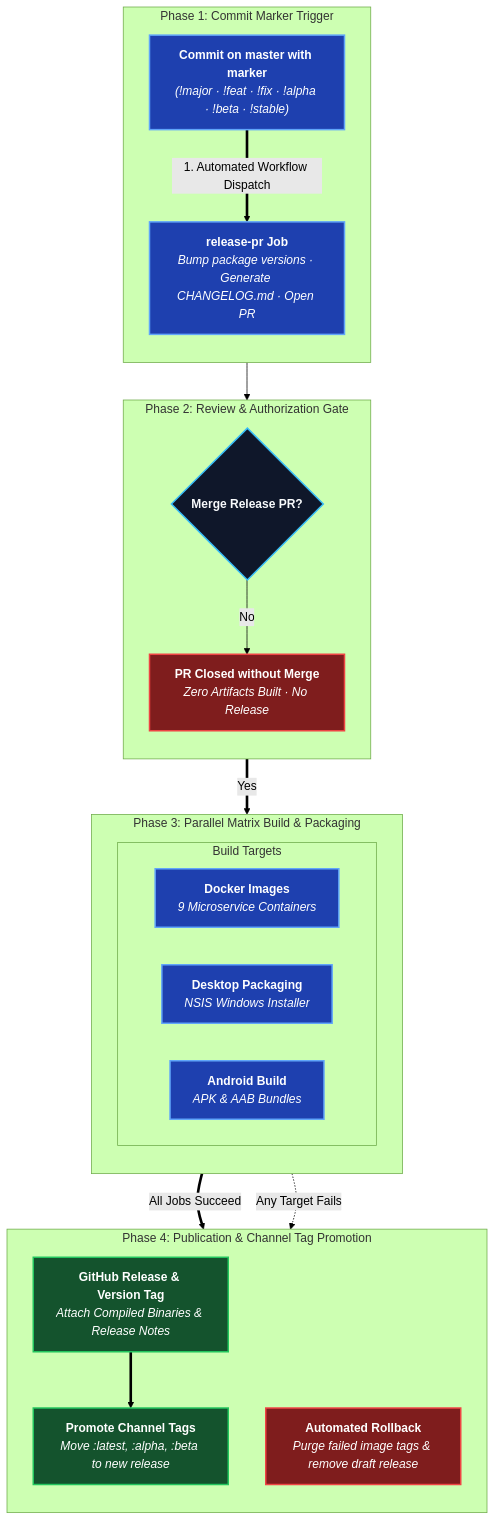
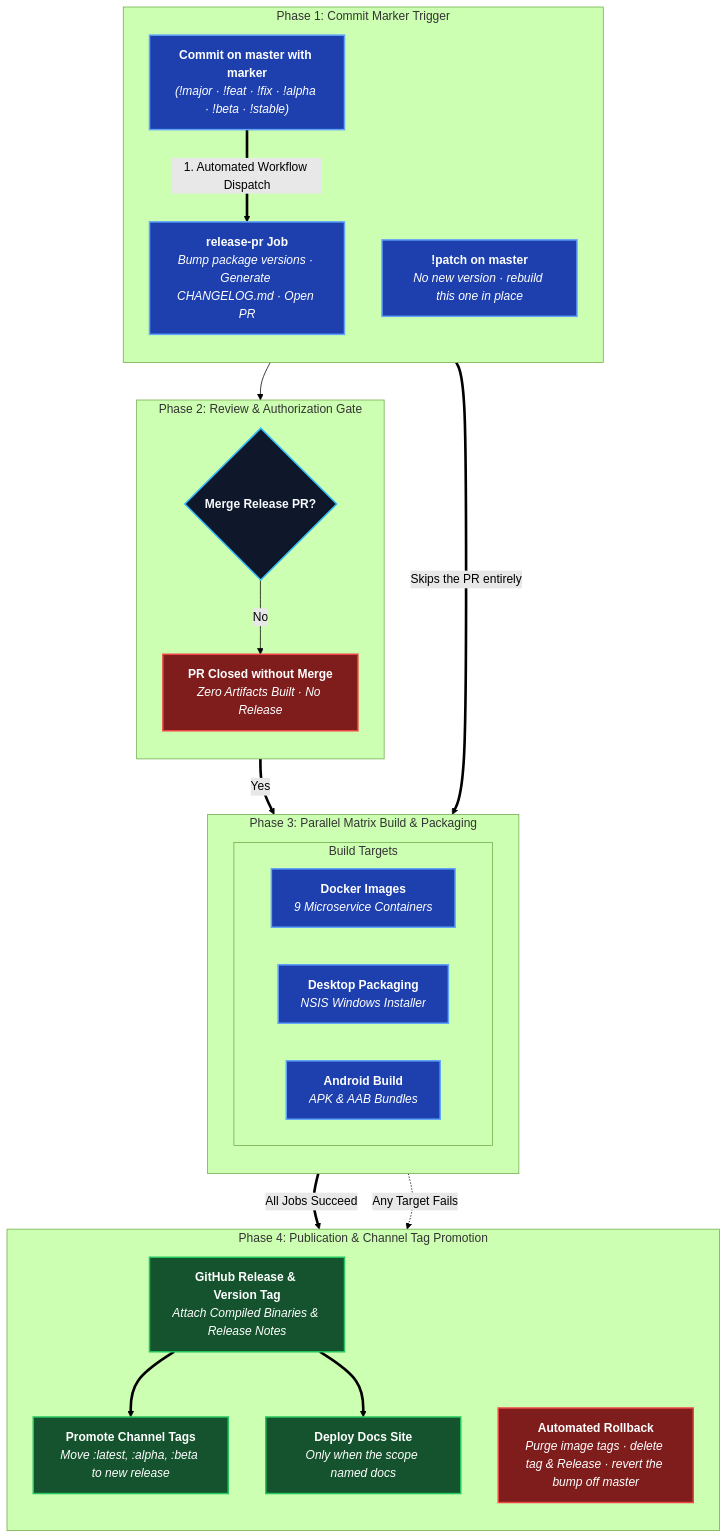
One commit to aiyu-ayaan/BetweenUs changed the diagram in docs/docs/deployment/release-pipeline.md. Above: the diagram before and after it, drawn with Mermaid (forest theme). The commit also changed other lines of this file and 1 other file, not shown here.

First line of the commit message:
docs(release): document the patch marker and the docs deploy

````diff
--- a/docs/docs/deployment/release-pipeline.md
+++ b/docs/docs/deployment/release-pipeline.md
@@ -16,53 +16,57 @@
 ```mermaid
 flowchart TD
     %% TIER 1: TRIGGER & PROMOTION MARKER
     subgraph T_TRIGGER ["Phase 1: Commit Marker Trigger"]
         direction TB
         Commit["<b>Commit on master with marker</b><br/><i>(!major · !feat · !fix · !alpha · !beta · !stable)</i>"]
+        Patch["<b>!patch on master</b><br/><i>No new version · rebuild this one in place</i>"]
         ReleasePR["<b>release-pr Job</b><br/><i>Bump package versions · Generate CHANGELOG.md · Open PR</i>"]
         Commit ==>|"1. Automated Workflow Dispatch"| ReleasePR
     end
 
     %% TIER 2: HUMAN REVIEW GATE
     subgraph T_GATE ["Phase 2: Review & Authorization Gate"]
         direction TB
         MergePR{"<b>Merge Release PR?</b>"}
         Closed["<b>PR Closed without Merge</b><br/><i>Zero Artifacts Built · No Release</i>"]
         ReleasePR --> MergePR
         MergePR -->|"No"| Closed
     end
 
     %% TIER 3: PARALLEL ARTIFACT BUILD MATRIX
     subgraph T_BUILD ["Phase 3: Parallel Matrix Build & Packaging"]
         direction TB
         subgraph Matrix ["Build Targets"]
             direction LR
             DockerBuild["<b>Docker Images</b><br/><i>9 Microservice Containers</i>"]
             DesktopBuild["<b>Desktop Packaging</b><br/><i>NSIS Windows Installer</i>"]
             AndroidBuild["<b>Android Build</b><br/><i>APK & AAB Bundles</i>"]
         end
         MergePR ==>|"Yes"| Matrix
+        Patch ==>|"Skips the PR entirely"| Matrix
     end
 
     %% TIER 4: PUBLICATION & TAG PROMOTION
     subgraph T_PUBLISH ["Phase 4: Publication & Channel Tag Promotion"]
         direction TB
         GHRelease["<b>GitHub Release & Version Tag</b><br/><i>Attach Compiled Binaries & Release Notes</i>"]
         PromoteTags["<b>Promote Channel Tags</b><br/><i>Move :latest, :alpha, :beta to new release</i>"]
-        Rollback["<b>Automated Rollback</b><br/><i>Purge failed image tags & remove draft release</i>"]
+        Rollback["<b>Automated Rollback</b><br/><i>Purge image tags · delete tag & Release · revert the bump off master</i>"]
+        Docs["<b>Deploy Docs Site</b><br/><i>Only when the scope named docs</i>"]
 
         Matrix ==>|"All Jobs Succeed"| GHRelease ==> PromoteTags
+        GHRelease ==> Docs
         Matrix -.->|"Any Target Fails"| Rollback
     end
 
     %% Styling
     classDef primary fill:#1e40af,stroke:#60a5fa,stroke-width:2px,color:#ffffff;
     classDef decision fill:#0f172a,stroke:#38bdf8,stroke-width:2px,color:#f8fafc;
     classDef success fill:#14532d,stroke:#22c55e,stroke-width:2px,color:#ffffff;
     classDef fail fill:#7f1d1d,stroke:#ef4444,stroke-width:2px,color:#ffffff;
 
-    class Commit,ReleasePR,DockerBuild,DesktopBuild,AndroidBuild primary;
+    class Commit,Patch,ReleasePR,DockerBuild,DesktopBuild,AndroidBuild primary;
     class MergePR decision;
-    class GHRelease,PromoteTags success;
+    class GHRelease,PromoteTags,Docs success;
     class Closed,Rollback fail;
 ```
````
